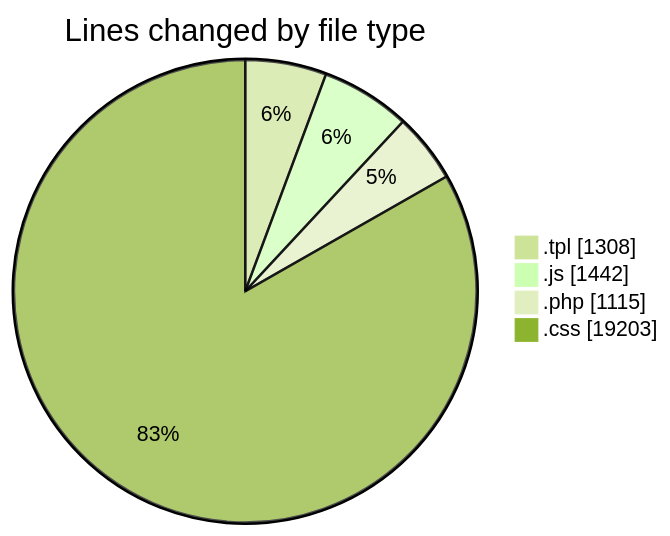
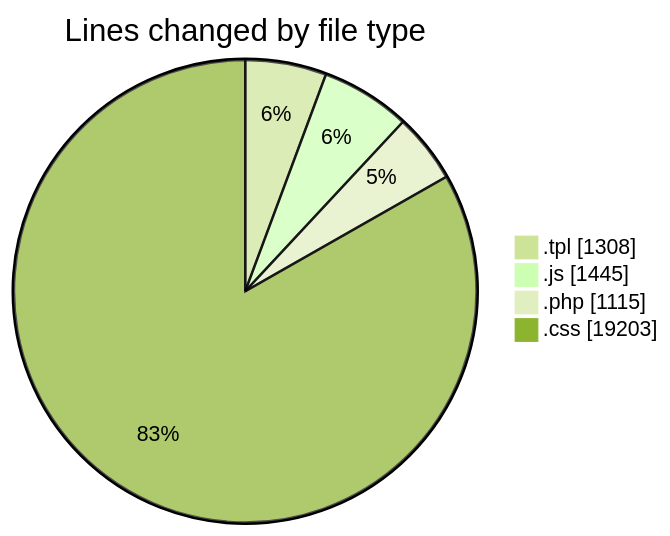
Before and after one commit to vahidmafi/code-tracking: the first of 2 diagrams in 2025-03-24/zeytoon/README.md, drawn with Mermaid (forest theme). The commit also changed other lines of this file and 1 other file, not shown here.

````diff
--- a/2025-03-24/zeytoon/README.md
+++ b/2025-03-24/zeytoon/README.md
@@ -24,8 +24,8 @@
 ```mermaid
 pie showData
 title Lines changed by file type
 ".tpl" : 1308
-".js" : 1442
+".js" : 1445
 ".php" : 1115
 ".css" : 19203
 ```
````
